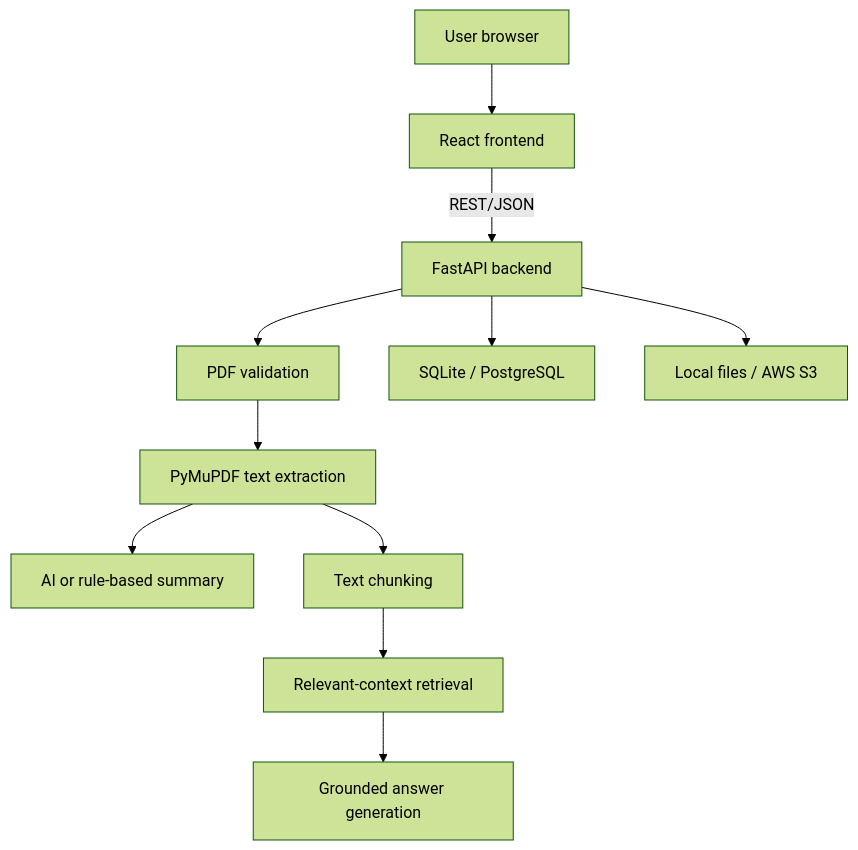
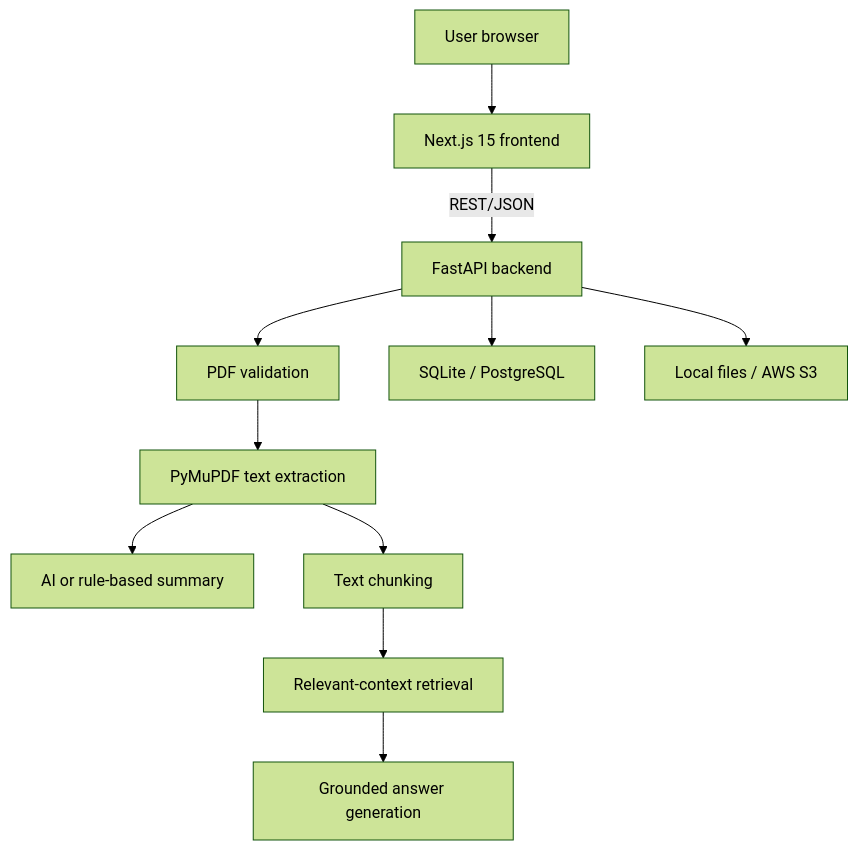
One commit to shivasaibatharaju-data/ai-health-vault changed the diagram in docs/architecture.md. Above: the diagram before and after it, drawn with Mermaid (forest theme). The commit also changed other lines of this file and 69 other files, not shown here.

````diff
--- a/docs/architecture.md
+++ b/docs/architecture.md
@@ -7,13 +7,13 @@
 ```mermaid
 flowchart TD
-    USER["User browser"] --> UI["React frontend"]
+    USER["User browser"] --> UI["Next.js 15 frontend"]
     UI -->|REST/JSON| API["FastAPI backend"]
     API --> VALIDATE["PDF validation"]
     VALIDATE --> EXTRACT["PyMuPDF text extraction"]
     EXTRACT --> SUMMARY["AI or rule-based summary"]
     EXTRACT --> CHUNKS["Text chunking"]
     CHUNKS --> RETRIEVE["Relevant-context retrieval"]
     RETRIEVE --> ANSWER["Grounded answer generation"]
     API --> SQL["SQLite / PostgreSQL"]
     API --> FILES["Local files / AWS S3"]
 ```
````
